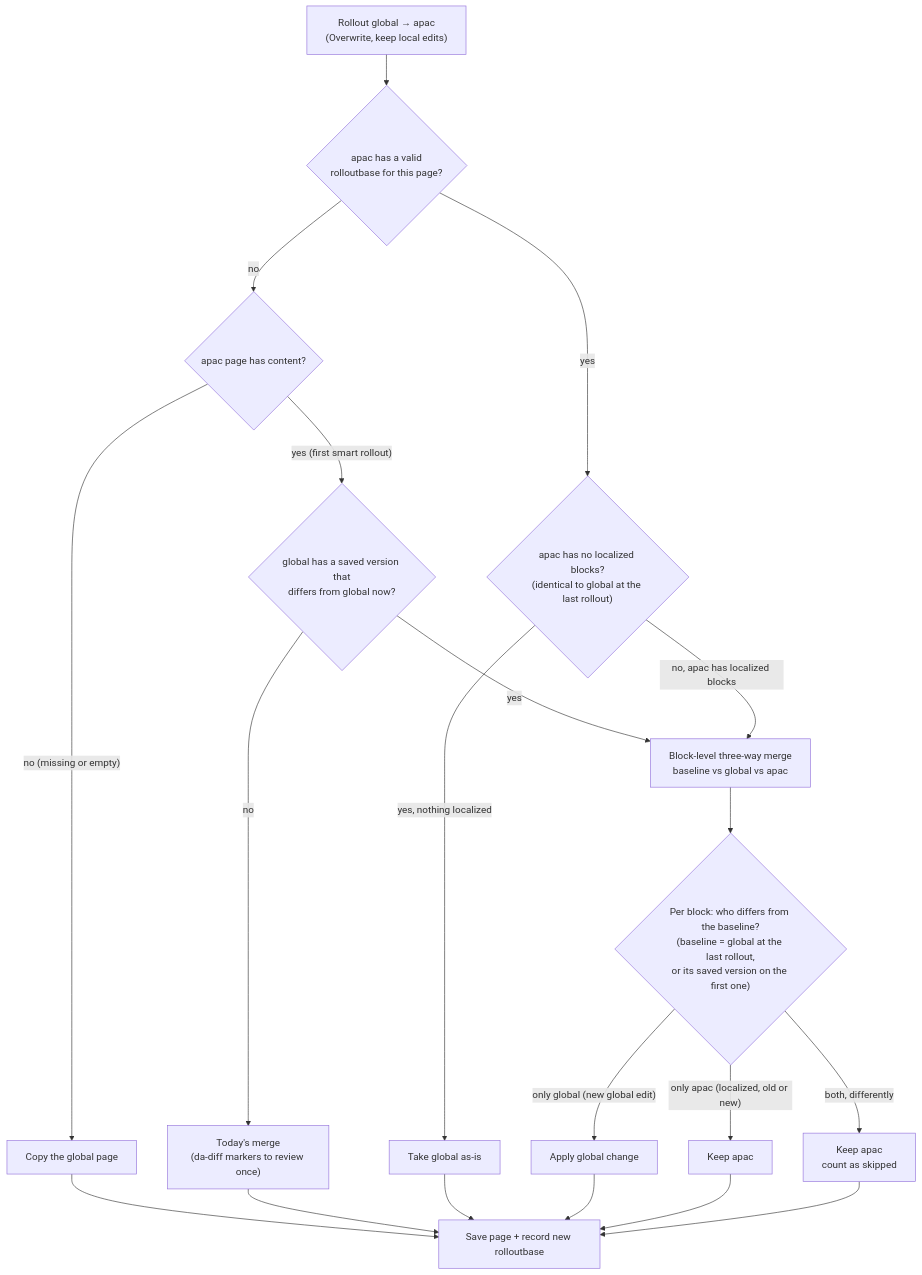
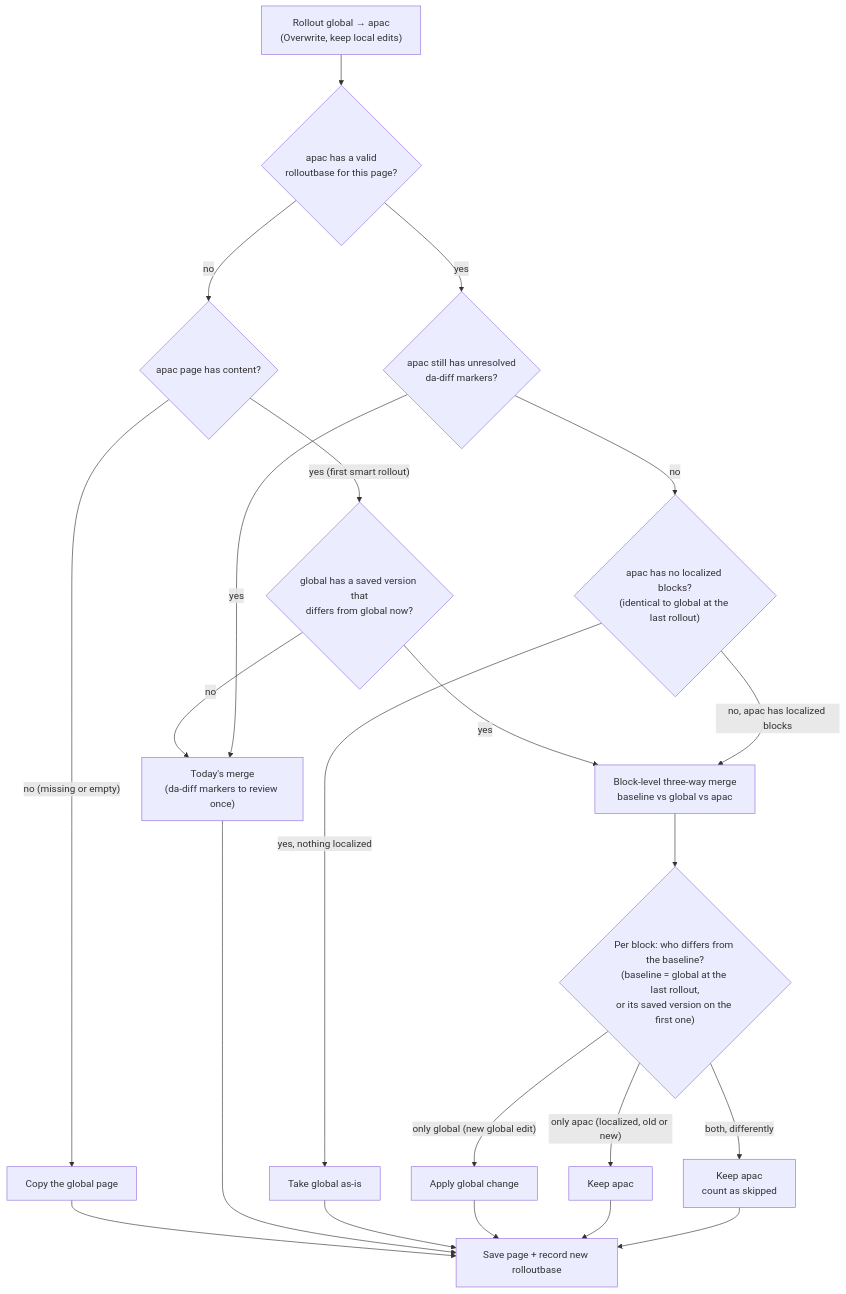
The diagram in docs/rollout-smart-overwrite.md (adobe/da-nx), drawn with Mermaid before and after one commit. The commit also changed other lines of this file and 6 other files, not shown here.

First line of the commit message:
fix(loc): keep unresolved reviews on smart rollout and unify skipped label

````diff
--- a/docs/rollout-smart-overwrite.md
+++ b/docs/rollout-smart-overwrite.md
@@ -21,22 +21,24 @@
 ```mermaid
 flowchart TD
   start["Rollout global → apac<br/>(Overwrite, keep local edits)"] --> base{"apac has a valid<br/>rolloutbase for this page?"}
   base -- "no" --> exists{"apac page has content?"}
   exists -- "no (missing or empty)" --> copy["Copy the global page"]
   exists -- "yes (first smart rollout)" --> parent{"global has a saved version that<br/>differs from global now?"}
   parent -- "yes" --> diff3
   parent -- "no" --> merge["Today's merge<br/>(da-diff markers to review once)"]
-  base -- "yes" --> unchanged{"apac has no localized blocks?<br/>(identical to global at the last rollout)"}
+  base -- "yes" --> pending{"apac still has unresolved<br/>da-diff markers?"}
+  pending -- "yes" --> merge
+  pending -- "no" --> unchanged{"apac has no localized blocks?<br/>(identical to global at the last rollout)"}
   unchanged -- "yes, nothing localized" --> take["Take global as-is"]
   unchanged -- "no, apac has localized blocks" --> diff3["Block-level three-way merge<br/>baseline vs global vs apac"]
   diff3 --> who{"Per block: who differs from the baseline?<br/>(baseline = global at the last rollout,<br/>or its saved version on the first one)"}
   who -- "only global (new global edit)" --> apply["Apply global change"]
   who -- "only apac (localized, old or new)" --> keep["Keep apac"]
   who -- "both, differently" --> skip["Keep apac<br/>count as skipped"]
   copy --> save["Save page + record new rolloutbase"]
   merge --> save
   take --> save
   apply --> save
   keep --> save
   skip --> save
 ```
````
